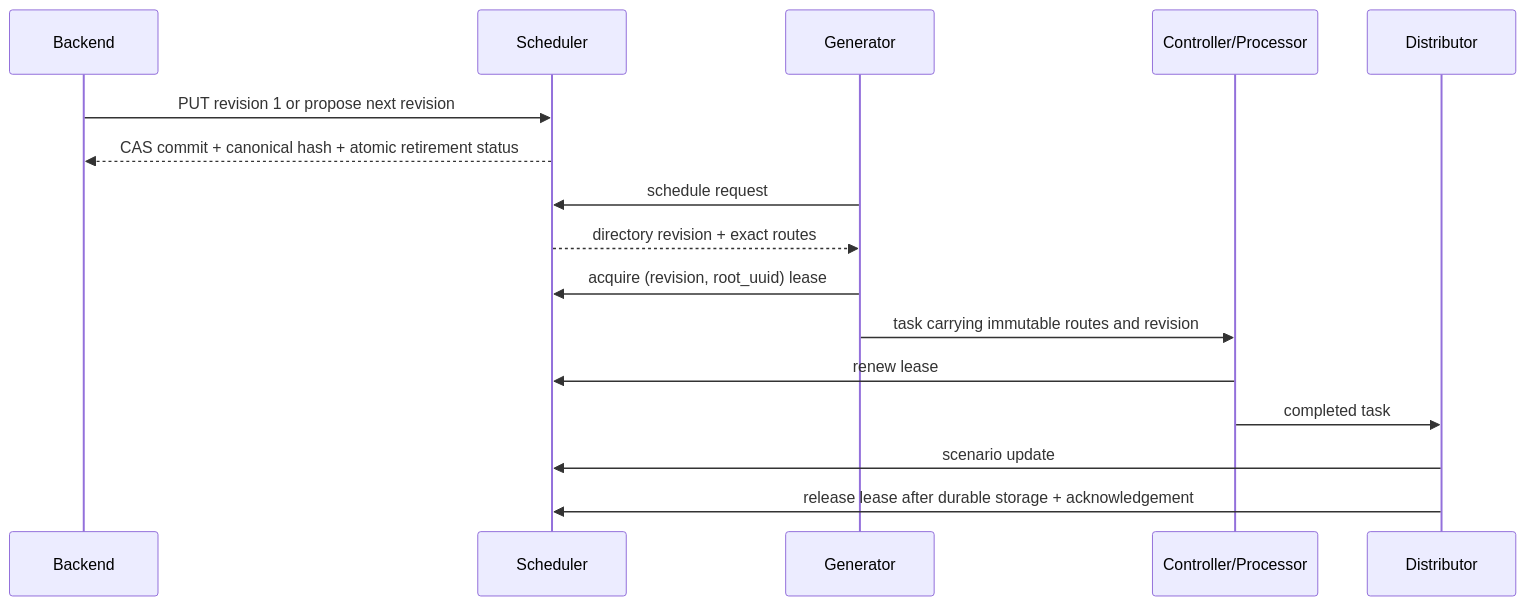
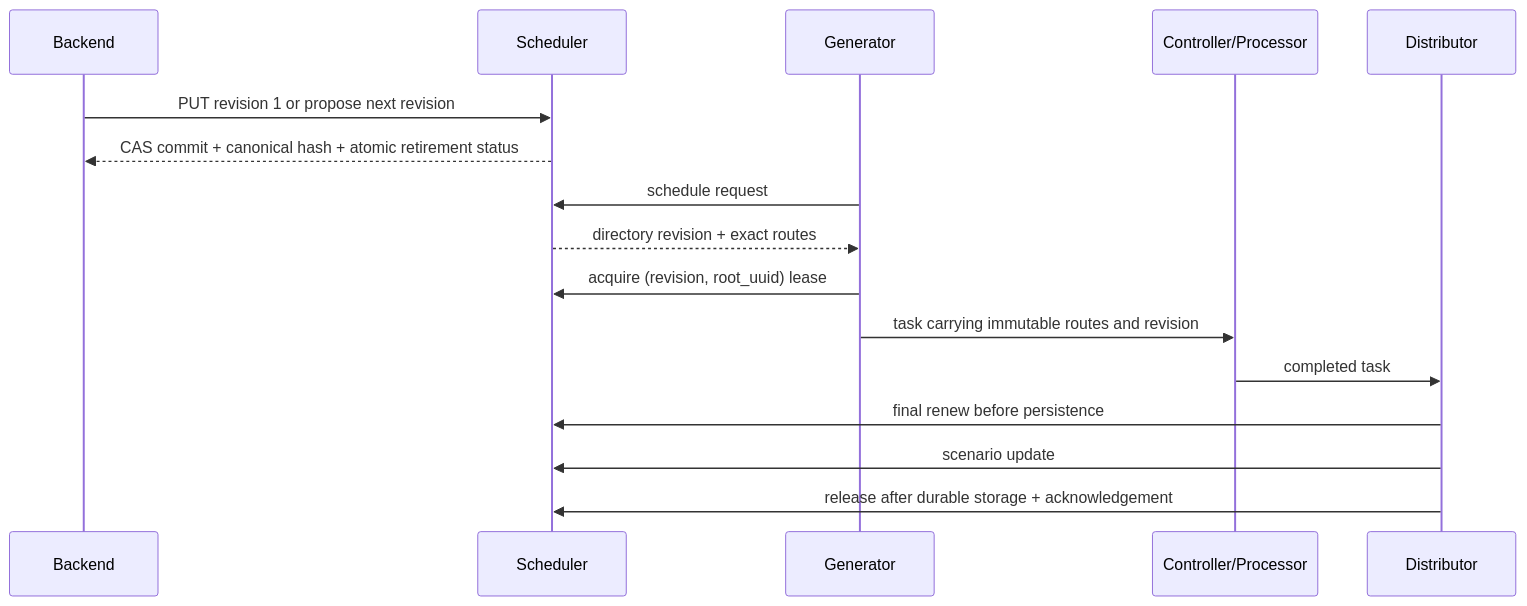
One commit to dayu-autostreamer/dayu changed the third of 4 diagrams in docs/architecture/README.md. Above: the diagram before and after it, drawn with Mermaid. The commit also changed other lines of this file and 35 other files, not shown here.

````diff
--- a/docs/architecture/README.md
+++ b/docs/architecture/README.md
@@ -159,18 +161,18 @@
 ```mermaid
 sequenceDiagram
     participant BE as Backend
     participant S as Scheduler
     participant G as Generator
     participant W as Controller/Processor
     participant D as Distributor
     BE->>S: PUT revision 1 or propose next revision
     S-->>BE: CAS commit + canonical hash + atomic retirement status
     G->>S: schedule request
     S-->>G: directory revision + exact routes
     G->>S: acquire (revision, root_uuid) lease
     G->>W: task carrying immutable routes and revision
-    W->>S: renew lease
     W->>D: completed task
+    D->>S: final renew before persistence
     D->>S: scenario update
-    D->>S: release lease after durable storage + acknowledgement
+    D->>S: release after durable storage + acknowledgement
 ```
````
